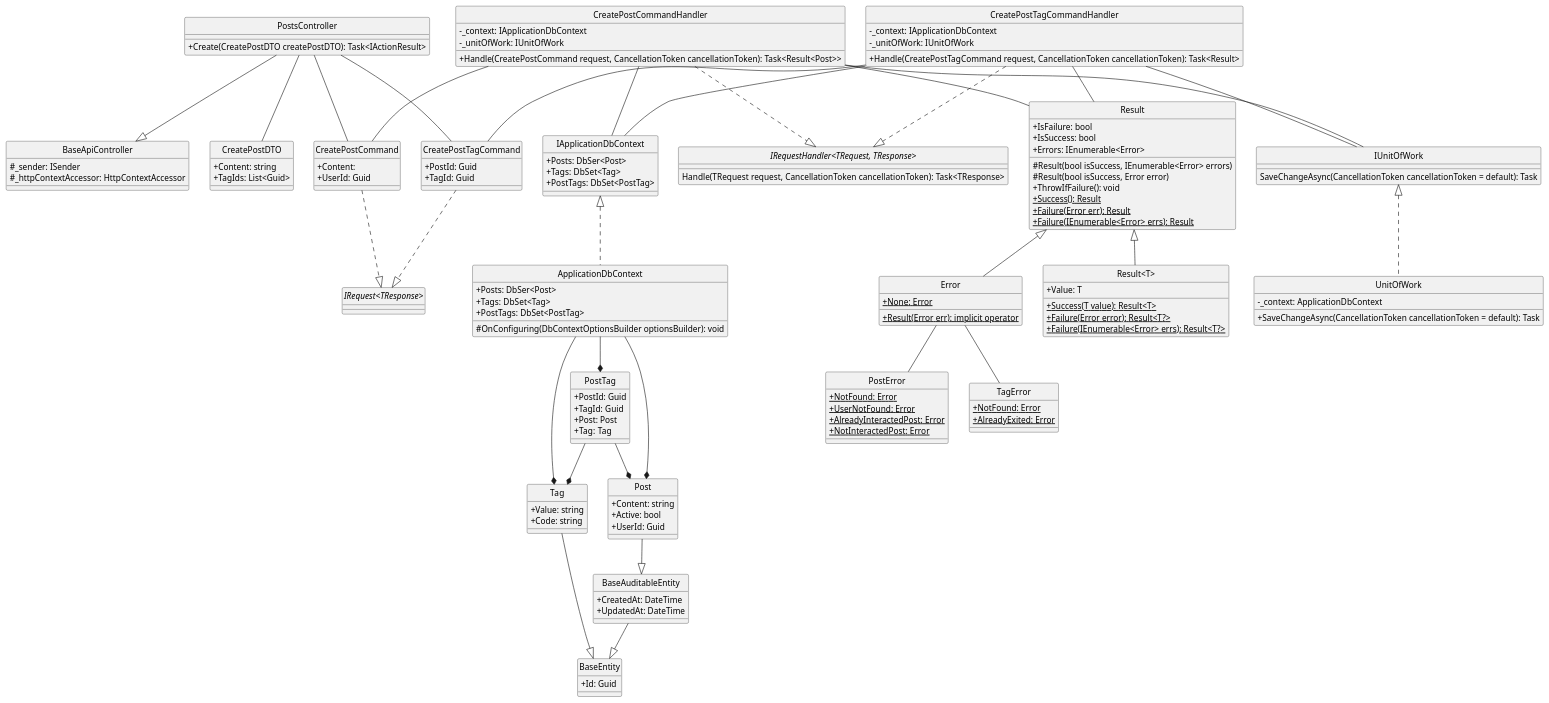
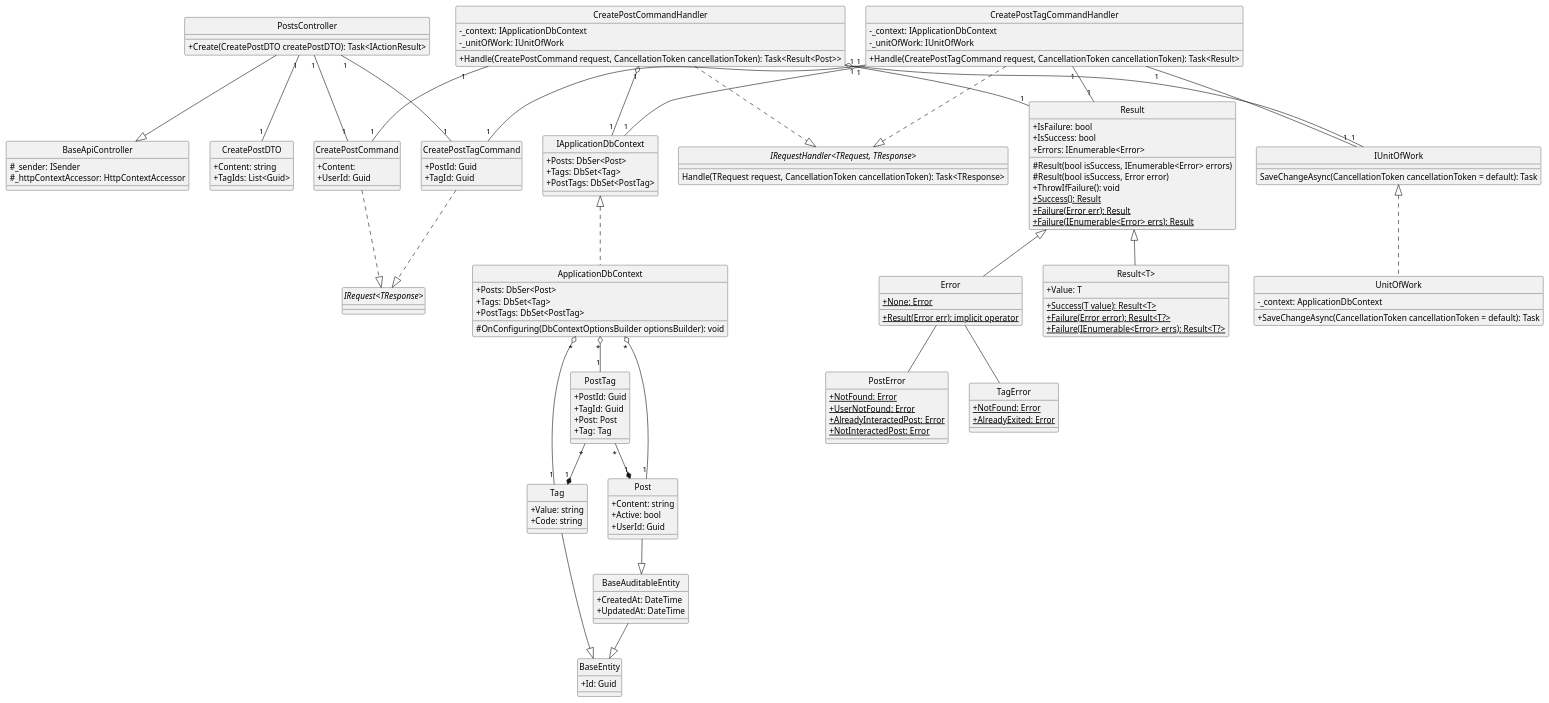
Before and after one commit to Carl-Johnsons/Chat-Application: the diagram in docs/Class Diagram/Post/Post/CreatePost/ClassDiagram.plantuml, drawn with PlantUML. The commit also changed 21 other files, not shown here.

```diff
--- a/docs/Class Diagram/Post/Post/CreatePost/ClassDiagram.plantuml
+++ b/docs/Class Diagram/Post/Post/CreatePost/ClassDiagram.plantuml
@@ -1,165 +1,165 @@
 @startuml createPost
 hide circle
 skinparam classAttributeIconSize 0
 
 class BaseApiController {
     #_sender: ISender
     #_httpContextAccessor: HttpContextAccessor 
 }
 
 class PostsController {
     +Create(CreatePostDTO createPostDTO): Task<IActionResult> 
 }
 
 class CreatePostCommand {
     +Content:
     +UserId: Guid
 }
 
 class CreatePostCommandHandler {
     -_context: IApplicationDbContext
     -_unitOfWork: IUnitOfWork
     +Handle(CreatePostCommand request, CancellationToken cancellationToken): Task<Result<Post>>
 }
 
 class CreatePostTagCommand {
     +PostId: Guid 
     +TagId: Guid 
 }
 
 class CreatePostTagCommandHandler {
     -_context: IApplicationDbContext
     -_unitOfWork: IUnitOfWork
     +Handle(CreatePostTagCommand request, CancellationToken cancellationToken): Task<Result>
 }
 
 class IApplicationDbContext {
     +Posts: DbSer<Post>
     +Tags: DbSet<Tag>
     +PostTags: DbSet<PostTag>
 }
 
 class ApplicationDbContext {
     +Posts: DbSer<Post>
     +Tags: DbSet<Tag>
     +PostTags: DbSet<PostTag>
     #OnConfiguring(DbContextOptionsBuilder optionsBuilder): void
 }
 
 class Result {
     +IsFailure: bool 
     +IsSuccess: bool
     +Errors: IEnumerable<Error>
     #Result(bool isSuccess, IEnumerable<Error> errors)
     #Result(bool isSuccess, Error error)
     +ThrowIfFailure(): void
     +{static} Success(): Result
     +{static} Failure(Error err): Result
     +{static} Failure(IEnumerable<Error> errs): Result
 }
 
 class "Result<T>" {
     +Value: T
     +{static} Success(T value): Result<T>
     +{static} Failure(Error error): Result<T?>
     +{static} Failure(IEnumerable<Error> errs): Result<T?>
 }
 
 class Error {
     +{static} None: Error
     +{static} Result(Error err): implicit operator
 }
 
 class IUnitOfWork {
     SaveChangeAsync(CancellationToken cancellationToken = default): Task
 }
 
 class UnitOfWork {
     -_context: ApplicationDbContext
     +SaveChangeAsync(CancellationToken cancellationToken = default): Task
 }
 
 class TagError {
     +{static} NotFound: Error
     +{static} AlreadyExited: Error
 }
 class PostError {
     +{static} NotFound: Error
     +{static} UserNotFound: Error
     +{static} AlreadyInteractedPost: Error
     +{static} NotInteractedPost: Error
 }
 
 class CreatePostDTO {
     +Content: string
     +TagIds: List<Guid> 
 }
 
 class BaseEntity {
     +Id: Guid
 }
 
 class BaseAuditableEntity{
     +CreatedAt: DateTime 
     +UpdatedAt: DateTime 
 }
 
 class Tag {
     +Value: string 
     +Code: string 
 }
 
 class Post {
     +Content: string
     +Active: bool
     +UserId: Guid 
 }
 
 class PostTag {
     +PostId: Guid
     +TagId: Guid 
     +Post: Post
     +Tag: Tag
 }
 
 interface "IRequest<TResponse>"
 interface "IRequestHandler<TRequest, TResponse>"{
     Handle(TRequest request, CancellationToken cancellationToken): Task<TResponse>
 }
 
 '==== Create Post ====
 'API Layer
 PostsController --|> BaseApiController
-PostsController -- CreatePostCommand
-PostsController -- CreatePostDTO
-PostsController -- CreatePostTagCommand
+PostsController "1"--"1" CreatePostCommand
+PostsController "1"--"1" CreatePostDTO
+PostsController "1"--"1" CreatePostTagCommand
 'Application Layer
 CreatePostCommand ..|> "IRequest<TResponse>"
 CreatePostCommandHandler ..|> "IRequestHandler<TRequest, TResponse>"
 CreatePostTagCommand ..|> "IRequest<TResponse>"
 CreatePostTagCommandHandler ..|> "IRequestHandler<TRequest, TResponse>"
-CreatePostTagCommandHandler -- CreatePostTagCommand
-CreatePostTagCommandHandler -- Result
-CreatePostTagCommandHandler -- IUnitOfWork
-CreatePostTagCommandHandler -- IApplicationDbContext
-CreatePostCommandHandler -- CreatePostCommand
-CreatePostCommandHandler -- Result
-CreatePostCommandHandler -- IUnitOfWork
-CreatePostCommandHandler -- IApplicationDbContext
+CreatePostTagCommandHandler "1"--"1" CreatePostTagCommand
+CreatePostTagCommandHandler "1"--"1" Result
+CreatePostTagCommandHandler "1"--"1" IUnitOfWork
+CreatePostTagCommandHandler "1"--"1" IApplicationDbContext
+CreatePostCommandHandler "1"--"1" CreatePostCommand
+CreatePostCommandHandler "1"--"1" Result
+CreatePostCommandHandler "1" o--"1" IUnitOfWork
+CreatePostCommandHandler "1" o--"1" IApplicationDbContext
 'Domain Layer
 Result <|-- Error
 Result <|-- "Result<T>"
 Error -- TagError
 Error -- PostError
 Tag --|> BaseEntity
 Post --|> BaseAuditableEntity
 BaseAuditableEntity --|> BaseEntity
-PostTag --* Post
-PostTag --* Tag
+PostTag "*"--*"1" Post
+PostTag "*"--*"1" Tag
 'Infrastructure Layer
 IUnitOfWork <|.. UnitOfWork
 IApplicationDbContext <|.. ApplicationDbContext
-ApplicationDbContext --* Tag
-ApplicationDbContext --* Post
-ApplicationDbContext --* PostTag
+ApplicationDbContext "*" o--"1" Tag
+ApplicationDbContext "*" o--"1" Post
+ApplicationDbContext "*" o--"1" PostTag
 @enduml
```
